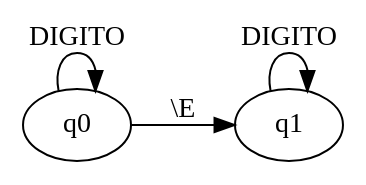
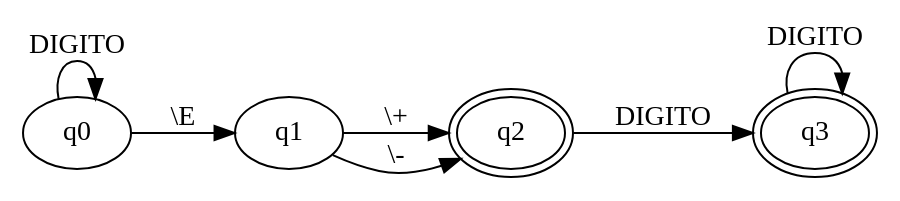
The diagram in temp.dot (Dfj9705/PROYECTO-AUTOMATAS), drawn with Graphviz before and after one commit. The commit also changed 4 other files, not shown here.

```diff
--- a/temp.dot
+++ b/temp.dot
@@ -1,13 +1,14 @@
 digraph G {
     rankdir=LR;
     q0;
     q0;
-    q1;
     q0 -> q1 [label="\\E"];
-    q0;
-    q0;
     q0 -> q0 [label=DIGITO];
     q1;
-    q1;
-    q1 -> q1 [label=DIGITO];
+    q1 -> q2 [label="\\+"];
+    q1 -> q2 [label="\\-"];
+    q2 [peripheries=2];
+    q2 -> q3 [label=DIGITO];
+    q3 [peripheries=2];
+    q3 -> q3 [label=DIGITO];
 }
```
